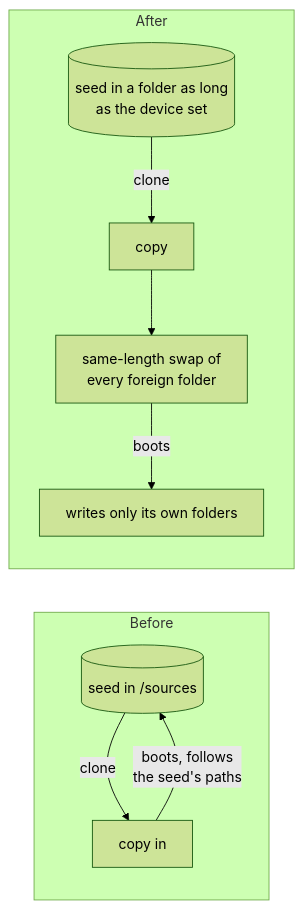
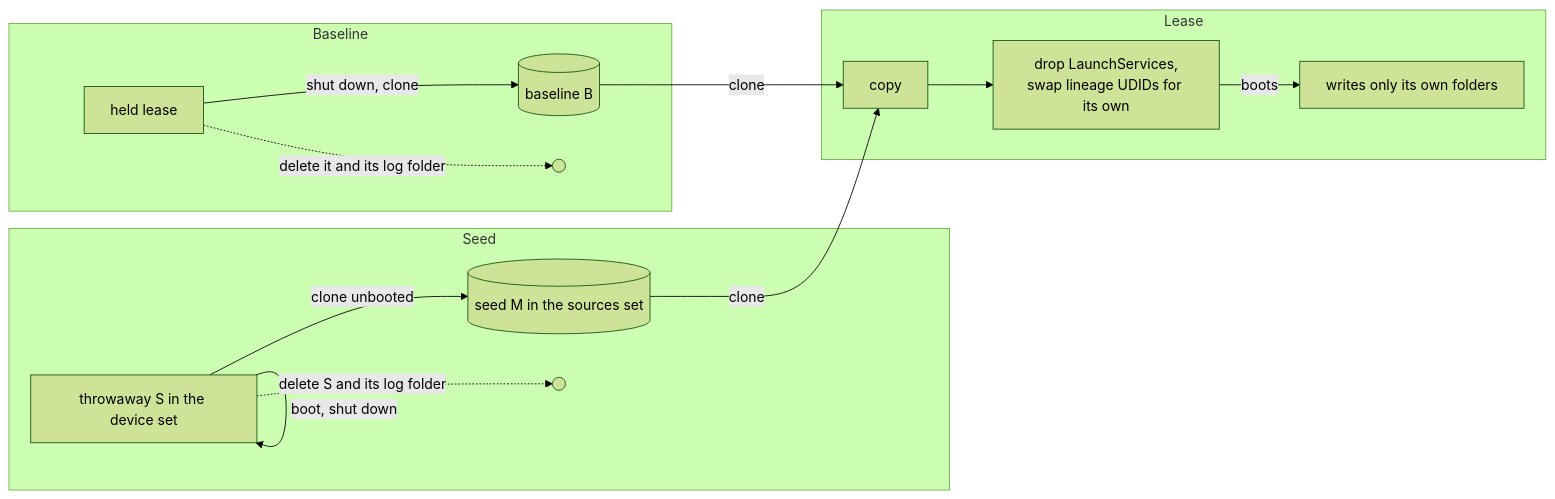
One commit to callstackincubator/simlock changed the diagram in docs/internal/adr/0076-an-ios-clone-names-only-its-own-folders-before-its-first-boot.md. Above: the diagram before and after it, drawn with Mermaid (forest theme). The commit also changed other lines of this file and 1 other file, not shown here.

First line of the commit message:
docs(adr): 0076 a source never boots, and a copy swaps its lineage's UDIDs

````diff
--- a/docs/internal/adr/0076-an-ios-clone-names-only-its-own-folders-before-its-first-boot.md
+++ b/docs/internal/adr/0076-an-ios-clone-names-only-its-own-folders-before-its-first-boot.md
@@ -59,9 +88,15 @@
 ```mermaid
 flowchart LR
-  subgraph Before
-    S1[("seed in <root>/sources")] -->|clone| C1["copy in <root>"] -->|boots, follows<br/>the seed's paths| S1
+  subgraph Seed
+    S["throwaway S in the device set"] -->|boot, shut down| S
+    S -->|clone unbooted| M[("seed M in the sources set")]
+    S -.->|delete S and its log folder| X1(( ))
   end
-  subgraph After
-    S2[("seed in a folder as long<br/>as the device set")] -->|clone| C2["copy"] --> F["same-length swap of<br/>every foreign folder"] -->|boots| O["writes only its own folders"]
+  subgraph Baseline
+    L["held lease"] -->|shut down, clone| B[("baseline B")]
+    L -.->|delete it and its log folder| X2(( ))
+  end
+  subgraph Lease
+    M & B -->|clone| C["copy"] --> F["drop LaunchServices,<br/>swap lineage UDIDs for its own"] -->|boots| O["writes only its own folders"]
   end
 ```
````
